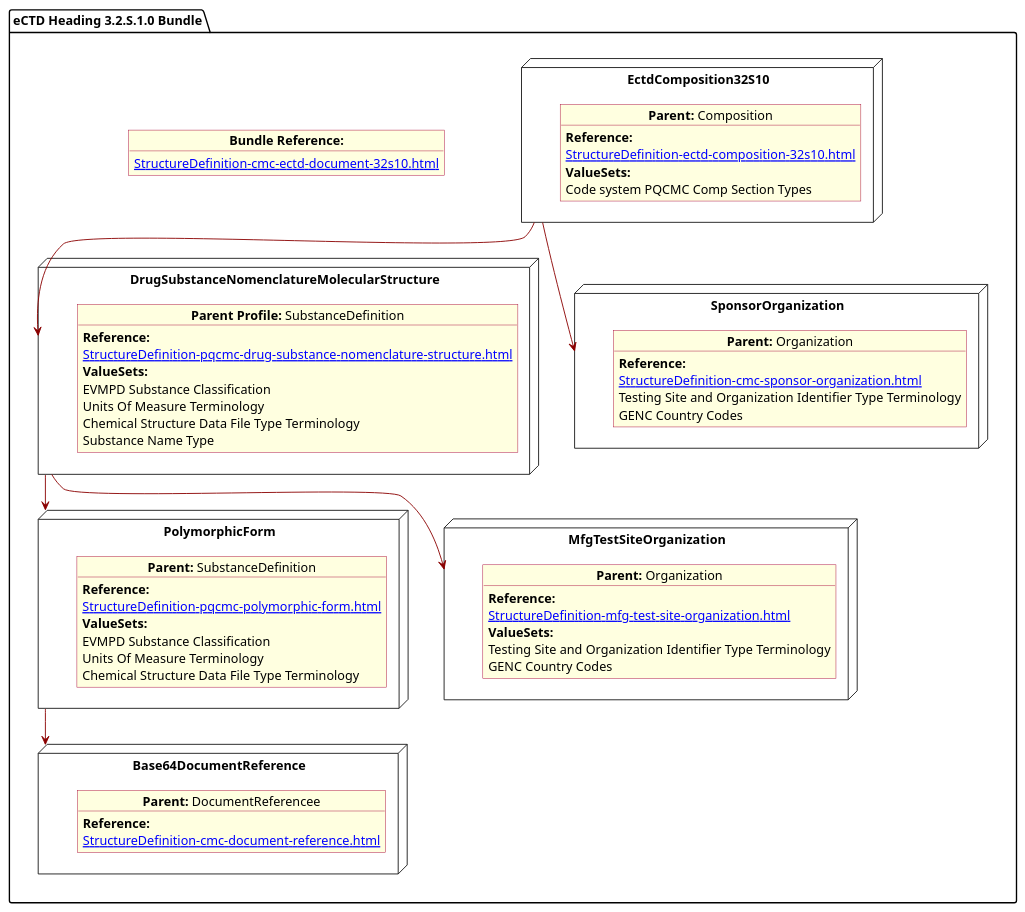
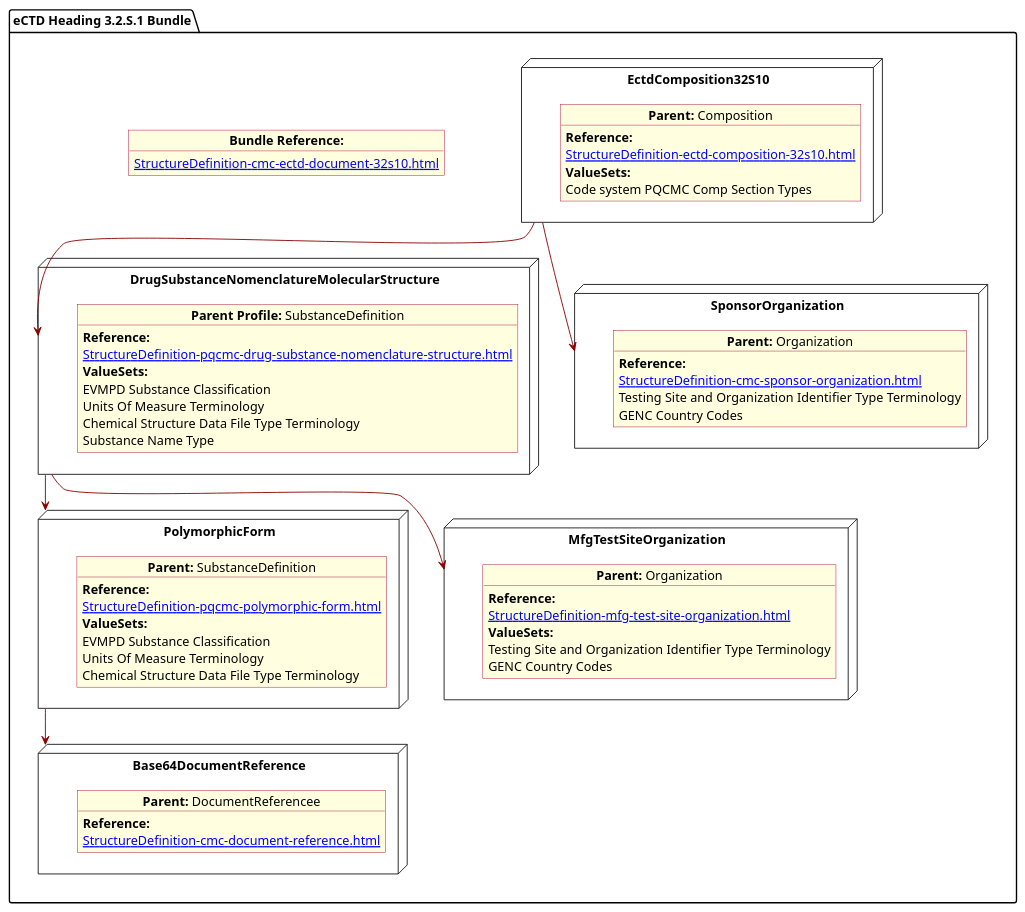
One commit to HL7/FHIR-us-pq-cmc-fda changed the diagram in input/images-source/SubstanceGeneral.plantuml. Above: the diagram before and after it, drawn with PlantUML. The commit also changed 10 other files, not shown here.

```diff
--- a/input/images-source/SubstanceGeneral.plantuml
+++ b/input/images-source/SubstanceGeneral.plantuml
@@ -1,87 +1,87 @@
 @startuml SubstanceGeneral
 allowmixing
 'Mixed model of use case and object
 skinparam svgDimensionStyle false
 skinparam ObjectBackgroundColor LightYellow
 skinparam ObjectBorderColor #A80036
 skinparam activityDiamondBorderColor #A80036
 skinparam activityDiamondBackgroundColor lawnGreen
 skinparam ClassBorderThickness 4
 
-package "eCTD Heading 3.2.S.1.0 Bundle" as NODES {
+package "eCTD Heading 3.2.S.1 Bundle" as NODES {
   object "**Bundle Reference:**" as objbun {
     [[StructureDefinition-cmc-ectd-document-32s10.html]]
   }
 
   node "DrugSubstanceNomenclatureMolecularStructure" as NN {
 
     object "**Parent Profile:** SubstanceDefinition" as obj3 {
       **Reference:**
       [[StructureDefinition-pqcmc-drug-substance-nomenclature-structure.html]]
       **ValueSets:**
       EVMPD Substance Classification
       Units Of Measure Terminology
       Chemical Structure Data File Type Terminology
       Substance Name Type
     }
   }
 
   node "Base64DocumentReference" as NB64 {
 
     object "**Parent:** DocumentReferencee"  as obj64 {
       **Reference:**
       [[StructureDefinition-cmc-document-reference.html]]
     }
   }
   node "EctdComposition32S10" as N1 {
 
     object "**Parent:** Composition" as obj1 {
       **Reference:**
       [[StructureDefinition-ectd-composition-32s10.html]]
       **ValueSets:**
       Code system PQCMC Comp Section Types
     }
 
   }
   node "PolymorphicForm" as N2 {
 
     object "**Parent:** SubstanceDefinition" as obj2 {
       **Reference:**
       [[StructureDefinition-pqcmc-polymorphic-form.html]]
       **ValueSets:**
       EVMPD Substance Classification
       Units Of Measure Terminology
       Chemical Structure Data File Type Terminology
 
     }
 
   }
   node "SponsorOrganization" as NSO {
 
     object "**Parent:** Organization" as objAu {
       **Reference:**
       [[StructureDefinition-cmc-sponsor-organization.html]]
       Testing Site and Organization Identifier Type Terminology
 
       GENC Country Codes
     }
   }
 
   node "MfgTestSiteOrganization" as N21mfg {
 
     object "**Parent:** Organization" as objTS  {
       **Reference:**
       [[StructureDefinition-mfg-test-site-organization.html]]
       **ValueSets:**
       Testing Site and Organization Identifier Type Terminology
       GENC Country Codes
     }
   }
 
   N1 -[#darkred]-> NN
   NN -[#darkred]-> N2
   N2 -[#darkred]-> NB64
   N1 -[#darkred]-> NSO
   NN -[#darkred]-> N21mfg
 }
 @enduml
```
